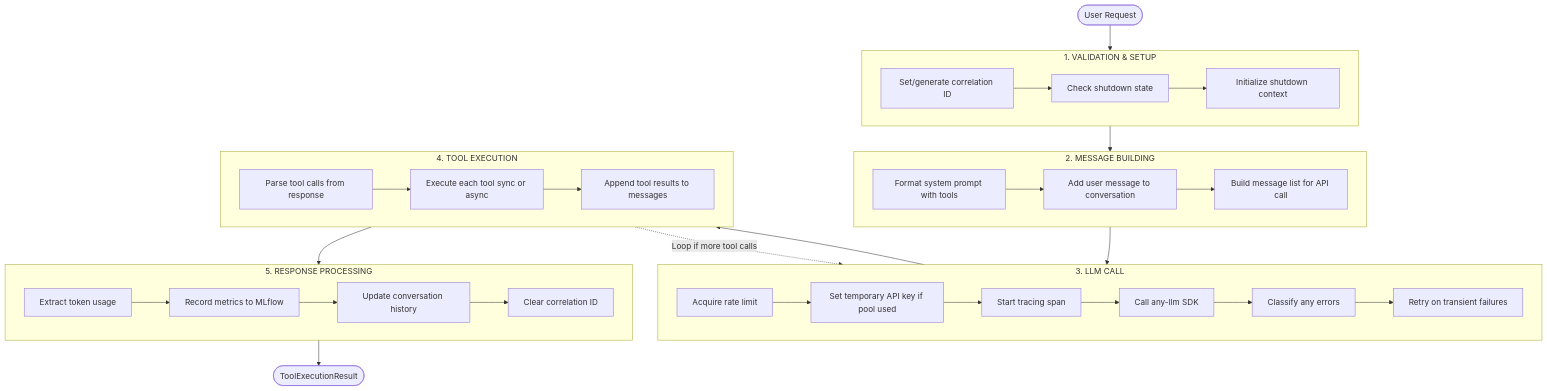
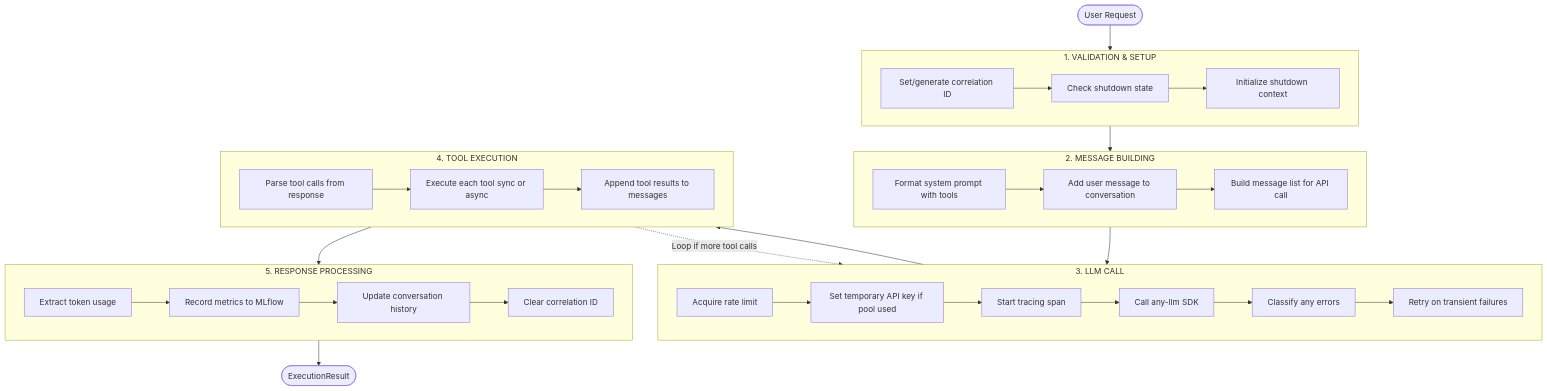
The eighth of 12 diagrams in docs/ARCHITECTURE.md (Bioto/glue-llm), drawn with Mermaid before and after one commit. The commit also changed other lines of this file and 15 other files, not shown here.

````diff
--- a/docs/ARCHITECTURE.md
+++ b/docs/ARCHITECTURE.md
@@ -259,52 +259,52 @@
 ```mermaid
 flowchart TD
     Start([User Request])
 
     subgraph Stage1["1. VALIDATION & SETUP"]
         V1[Set/generate correlation ID]
         V2[Check shutdown state]
         V3[Initialize shutdown context]
         V1 --> V2 --> V3
     end
 
     subgraph Stage2["2. MESSAGE BUILDING"]
         M1[Format system prompt with tools]
         M2[Add user message to conversation]
         M3[Build message list for API call]
         M1 --> M2 --> M3
     end
 
     subgraph Stage3["3. LLM CALL"]
         L1[Acquire rate limit]
         L2[Set temporary API key if pool used]
         L3[Start tracing span]
         L4[Call any-llm SDK]
         L5[Classify any errors]
         L6[Retry on transient failures]
         L1 --> L2 --> L3 --> L4 --> L5 --> L6
     end
 
     subgraph Stage4["4. TOOL EXECUTION"]
         T1[Parse tool calls from response]
         T2[Execute each tool sync or async]
         T3[Append tool results to messages]
         T1 --> T2 --> T3
     end
 
     subgraph Stage5["5. RESPONSE PROCESSING"]
         R1[Extract token usage]
         R2[Record metrics to MLflow]
         R3[Update conversation history]
         R4[Clear correlation ID]
         R1 --> R2 --> R3 --> R4
     end
 
     Start --> Stage1
     Stage1 --> Stage2
     Stage2 --> Stage3
     Stage3 --> Stage4
     Stage4 --> Stage5
-    Stage5 --> End([ToolExecutionResult])
+    Stage5 --> End([ExecutionResult])
 
     Stage4 -.->|Loop if more tool calls| Stage3
 ```
````
